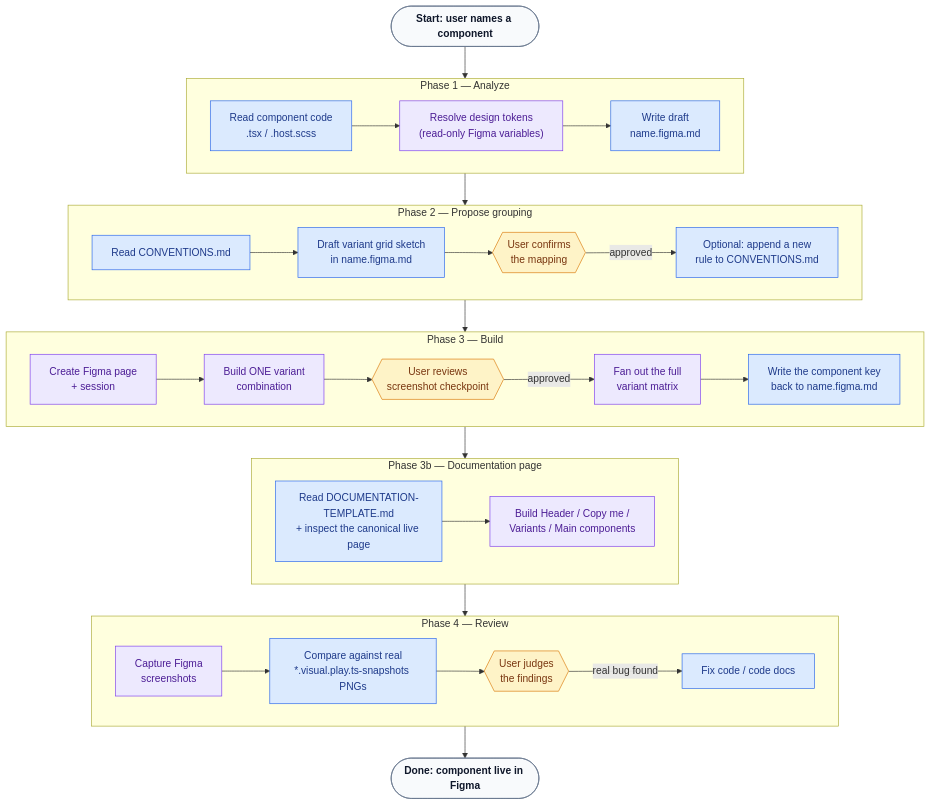
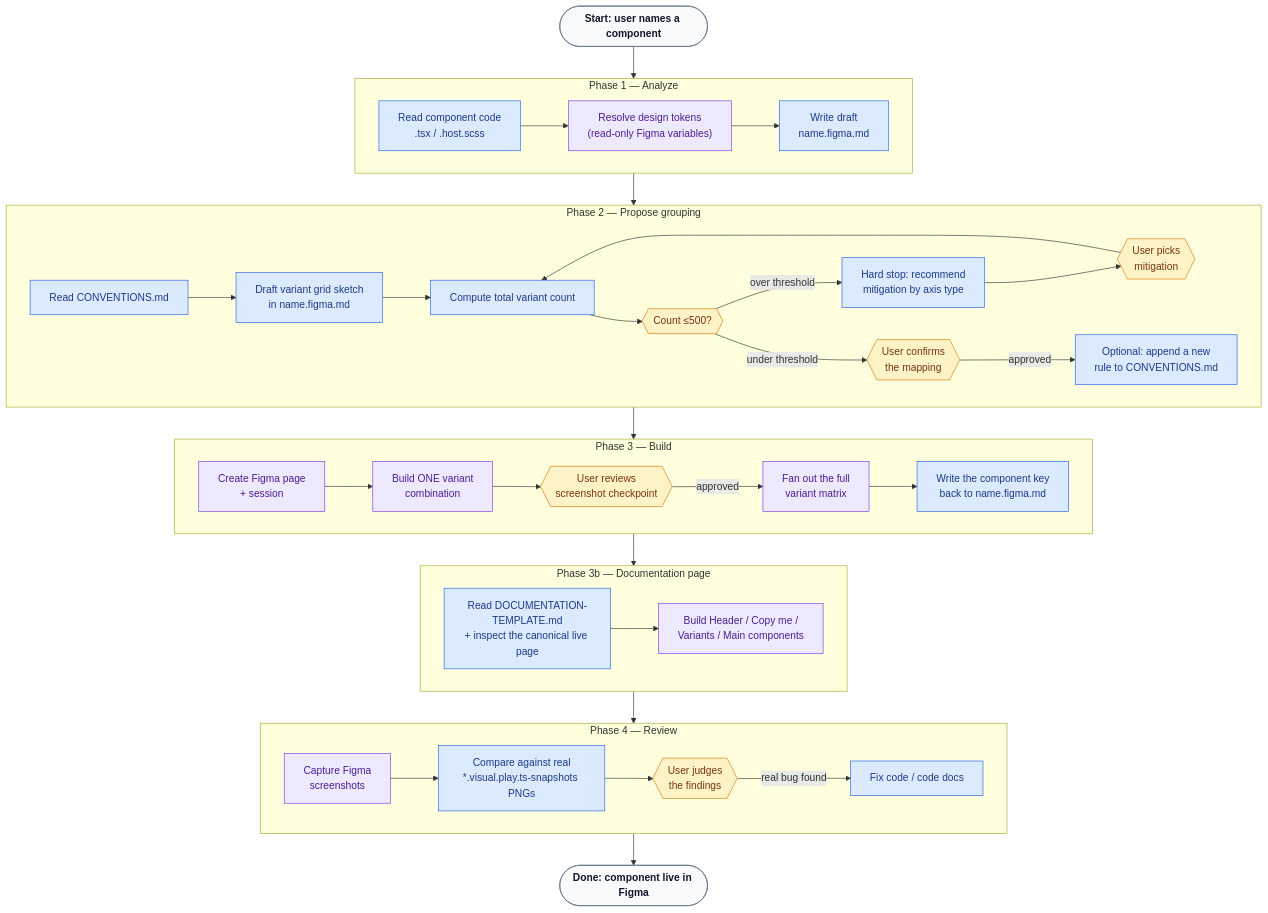
The diagram in .claude/skills/ds-figma-component/SKILL.md (helvetia-design/system), drawn with Mermaid before and after one commit. The commit also changed other lines of this file and 5 other files, not shown here.

````diff
--- a/.claude/skills/ds-figma-component/SKILL.md
+++ b/.claude/skills/ds-figma-component/SKILL.md
@@ -25,52 +25,57 @@
 ```mermaid
 flowchart TD
     classDef code fill:#dbeafe,stroke:#2563eb,color:#1e3a8a
     classDef figma fill:#ede9fe,stroke:#7c3aed,color:#4c1d95
     classDef human fill:#fef3c7,stroke:#d97706,color:#78350f
     classDef phase fill:#f8fafc,stroke:#64748b,color:#0f172a,font-weight:bold
 
     Start(["Start: user names a component"]):::phase --> P1G
 
     subgraph P1G["Phase 1 — Analyze"]
         direction LR
         P1a["Read component code<br/>.tsx / .host.scss"]:::code --> P1b["Resolve design tokens<br/>(read-only Figma variables)"]:::figma
         P1b --> P1c["Write draft<br/>name.figma.md"]:::code
     end
 
     P1G --> P2G
 
     subgraph P2G["Phase 2 — Propose grouping"]
         direction LR
         P2a["Read CONVENTIONS.md"]:::code --> P2b["Draft variant grid sketch<br/>in name.figma.md"]:::code
-        P2b --> P2c{{"User confirms<br/>the mapping"}}:::human
+        P2b --> P2v["Compute total variant count"]:::code
+        P2v --> P2check{{"Count ≤500?"}}:::human
+        P2check -->|over threshold| P2w["Hard stop: recommend<br/>mitigation by axis type"]:::code
+        P2w --> P2x{{"User picks<br/>mitigation"}}:::human
+        P2x --> P2v
+        P2check -->|under threshold| P2c{{"User confirms<br/>the mapping"}}:::human
         P2c -->|approved| P2d["Optional: append a new<br/>rule to CONVENTIONS.md"]:::code
     end
 
     P2G --> P3G
 
     subgraph P3G["Phase 3 — Build"]
         direction LR
         P3a["Create Figma page<br/>+ session"]:::figma --> P3b["Build ONE variant<br/>combination"]:::figma
         P3b --> P3c{{"User reviews<br/>screenshot checkpoint"}}:::human
         P3c -->|approved| P3d["Fan out the full<br/>variant matrix"]:::figma
         P3d --> P3e["Write the component key<br/>back to name.figma.md"]:::code
     end
 
     P3G --> P3bG
 
     subgraph P3bG["Phase 3b — Documentation page"]
         direction LR
         P3ba["Read DOCUMENTATION-TEMPLATE.md<br/>+ inspect the canonical live page"]:::code --> P3bb["Build Header / Copy me /<br/>Variants / Main components"]:::figma
     end
 
     P3bG --> P4G
 
     subgraph P4G["Phase 4 — Review"]
         direction LR
         P4a["Capture Figma<br/>screenshots"]:::figma --> P4b["Compare against real<br/>*.visual.play.ts-snapshots PNGs"]:::code
         P4b --> P4c{{"User judges<br/>the findings"}}:::human
         P4c -->|real bug found| P4d["Fix code / code docs"]:::code
     end
 
     P4G --> Done(["Done: component live in Figma"]):::phase
 ```
````
